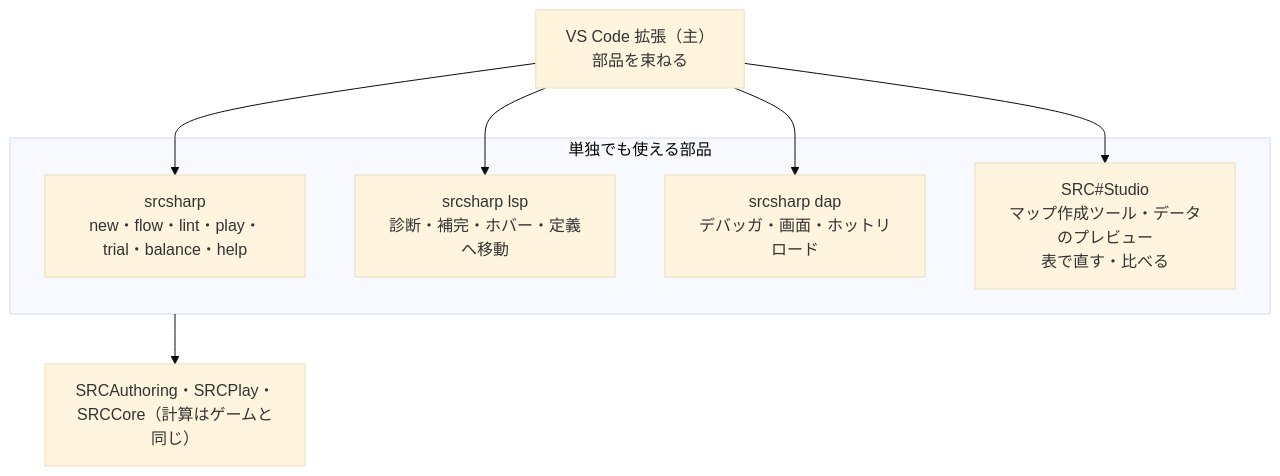
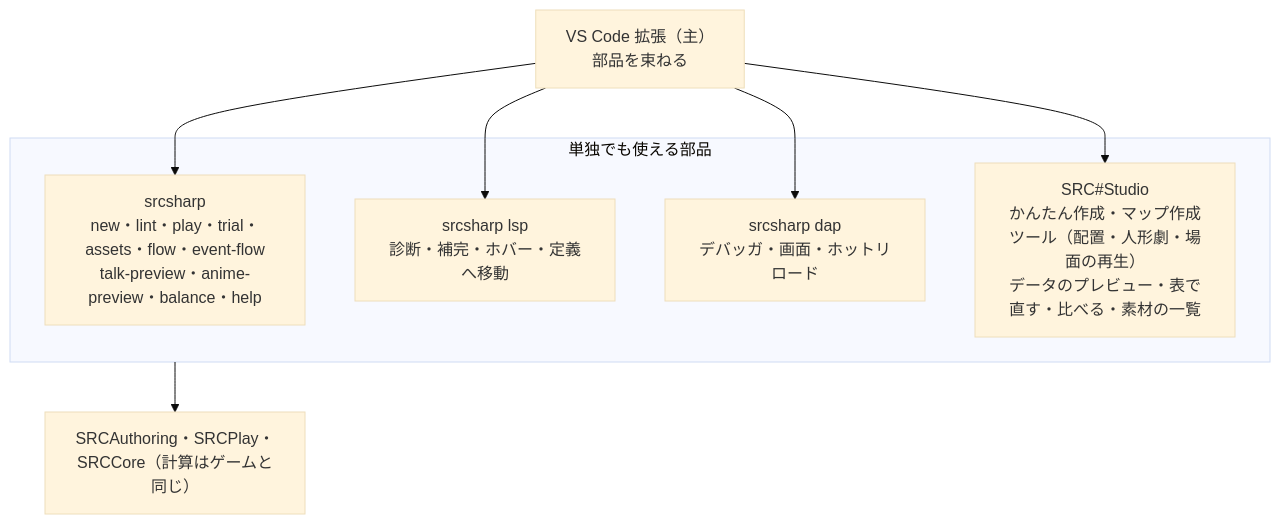
The second of 2 diagrams in docs/tools/authoring.md (7474/SRC), drawn with Mermaid (base theme) before and after one commit. The commit also changed other lines of this file and 3 other files, not shown here.

````diff
--- a/docs/tools/authoring.md
+++ b/docs/tools/authoring.md
@@ -47,12 +47,12 @@
 ```mermaid
 flowchart TB
   VSCode["VS Code 拡張（主）<br/>部品を束ねる"]
   subgraph Parts["単独でも使える部品"]
-    CLI["srcsharp<br/>new・flow・lint・play・trial・balance・help"]
+    CLI["srcsharp<br/>new・lint・play・trial・assets・flow・event-flow<br/>talk-preview・anime-preview・balance・help"]
     LSP["srcsharp lsp<br/>診断・補完・ホバー・定義へ移動"]
     DAP["srcsharp dap<br/>デバッガ・画面・ホットリロード"]
-    Studio["SRC#Studio<br/>マップ作成ツール・データのプレビュー<br/>表で直す・比べる"]
+    Studio["SRC#Studio<br/>かんたん作成・マップ作成ツール（配置・人形劇・場面の再生）<br/>データのプレビュー・表で直す・比べる・素材の一覧"]
   end
   VSCode --> CLI & LSP & DAP & Studio
   Parts --> Core["SRCAuthoring・SRCPlay・SRCCore（計算はゲームと同じ）"]
 ```
````
